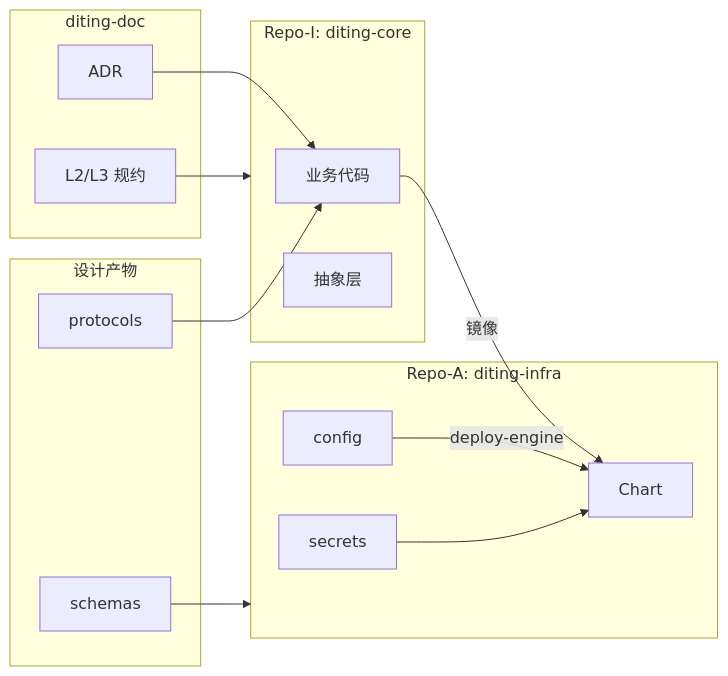
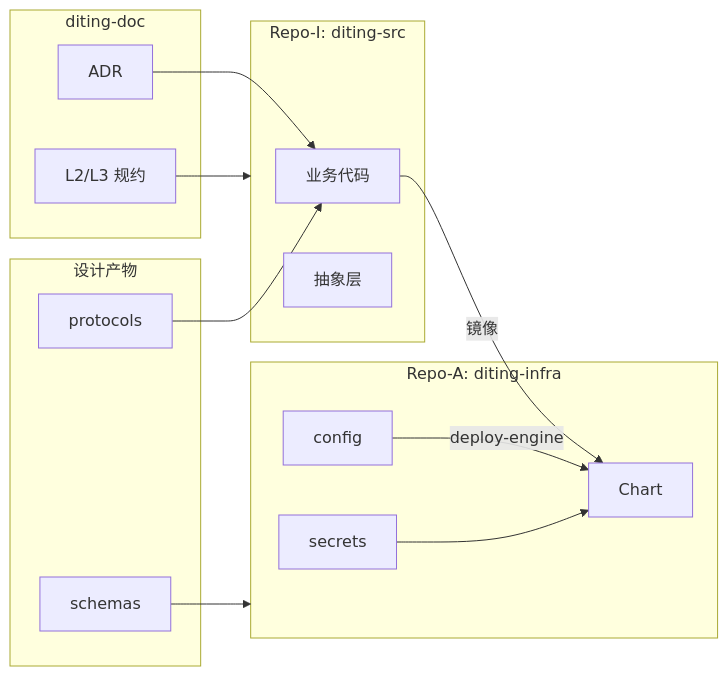
Before and after one commit to myxxhui/diting-doc: the second of 2 diagrams in 03_原子目标与规约/_共享规约/02_三位一体仓库规约.md, drawn with Mermaid. The commit also changed other lines of this file and 238 other files, not shown here.

````diff
--- a/03_原子目标与规约/_共享规约/02_三位一体仓库规约.md
+++ b/03_原子目标与规约/_共享规约/02_三位一体仓库规约.md
@@ -230,27 +230,27 @@
 ```mermaid
 flowchart LR
     subgraph Doc[diting-doc]
         ADR[ADR]
         L2L3[L2/L3 规约]
     end
     subgraph Design[设计产物]
         PROTO[protocols]
         SCHEMA[schemas]
     end
-    subgraph I[Repo-I: diting-core]
+    subgraph I[Repo-I: diting-src]
         CODE[业务代码]
         ABS[抽象层]
     end
     subgraph A[Repo-A: diting-infra]
         CHARTS[Chart]
         CONFIG[config]
         SEC[secrets]
     end
     ADR --> CODE
     L2L3 --> I
     PROTO --> CODE
     SCHEMA --> A
     CODE -->|镜像| CHARTS
     CONFIG -->|deploy-engine| CHARTS
     SEC --> CHARTS
 ```
````
